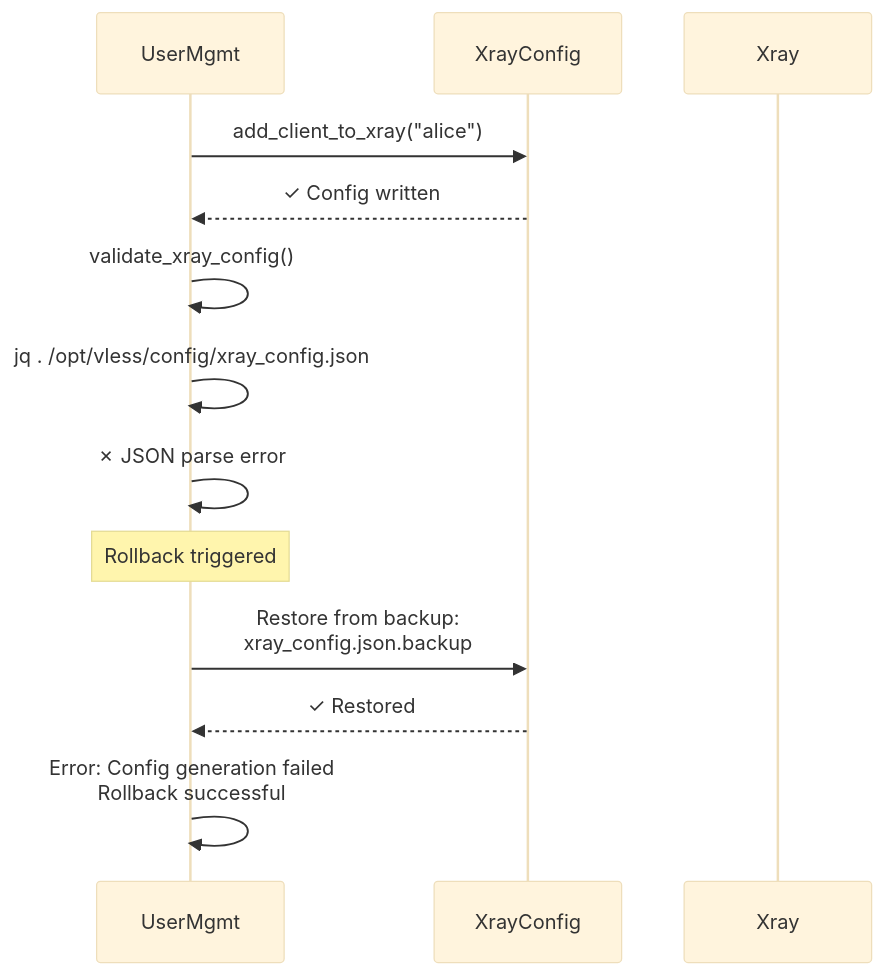
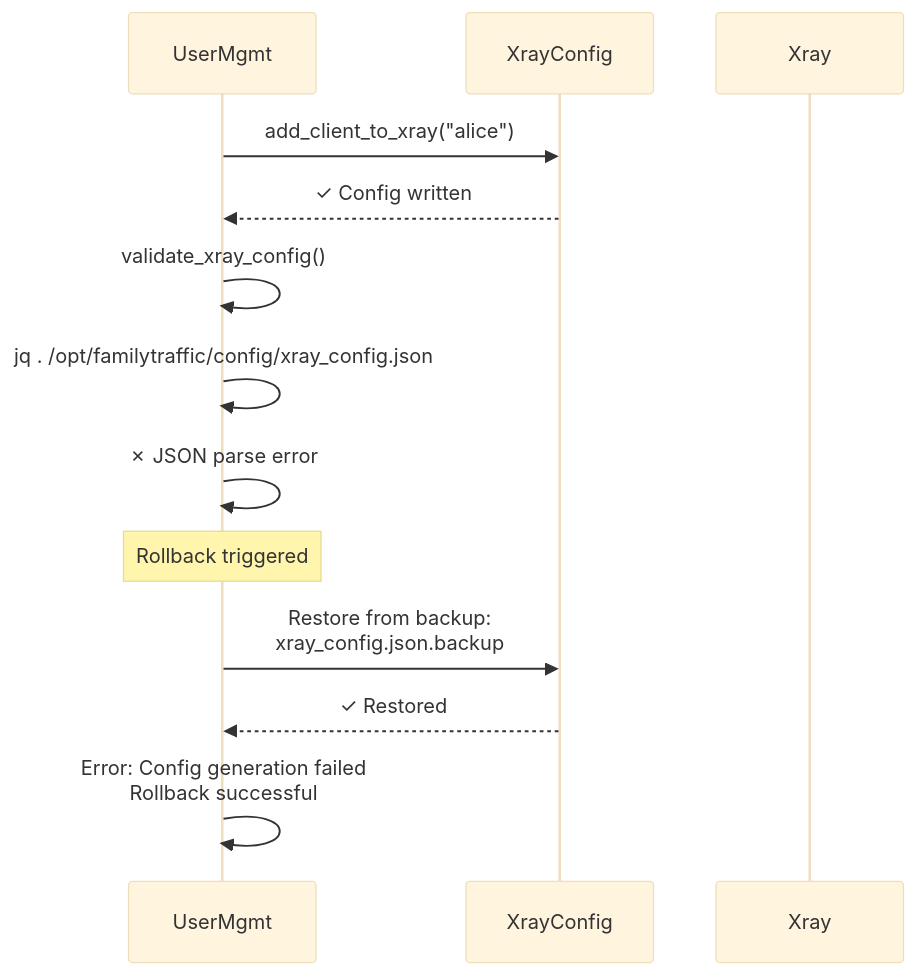
The sixth of 8 diagrams in docs/architecture/diagrams/sequences/user-management.md (ikeniborn/vless), drawn with Mermaid (base theme) before and after one commit. The commit also changed other lines of this file and 66 other files, not shown here.

First line of the commit message:
refactor(rename): replace old project name 'vless' with 'familytraffic'

````diff
--- a/docs/architecture/diagrams/sequences/user-management.md
+++ b/docs/architecture/diagrams/sequences/user-management.md
@@ -242,20 +242,20 @@
 ```mermaid
 sequenceDiagram
     participant UserMgmt
     participant XrayConfig
     participant Xray
 
     UserMgmt->>XrayConfig: add_client_to_xray("alice")
     XrayConfig-->>UserMgmt: ✓ Config written
 
     UserMgmt->>UserMgmt: validate_xray_config()
-    UserMgmt->>UserMgmt: jq . /opt/vless/config/xray_config.json
+    UserMgmt->>UserMgmt: jq . /opt/familytraffic/config/xray_config.json
     UserMgmt->>UserMgmt: ✗ JSON parse error
 
     Note over UserMgmt: Rollback triggered
 
     UserMgmt->>XrayConfig: Restore from backup:<br/>xray_config.json.backup
     XrayConfig-->>UserMgmt: ✓ Restored
 
     UserMgmt->>UserMgmt: Error: Config generation failed<br/>Rollback successful
 ```
````
